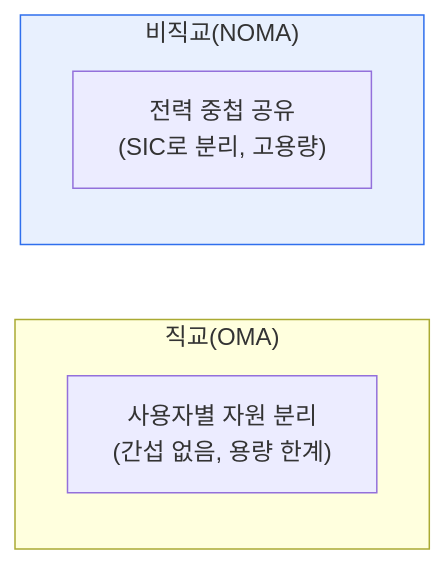
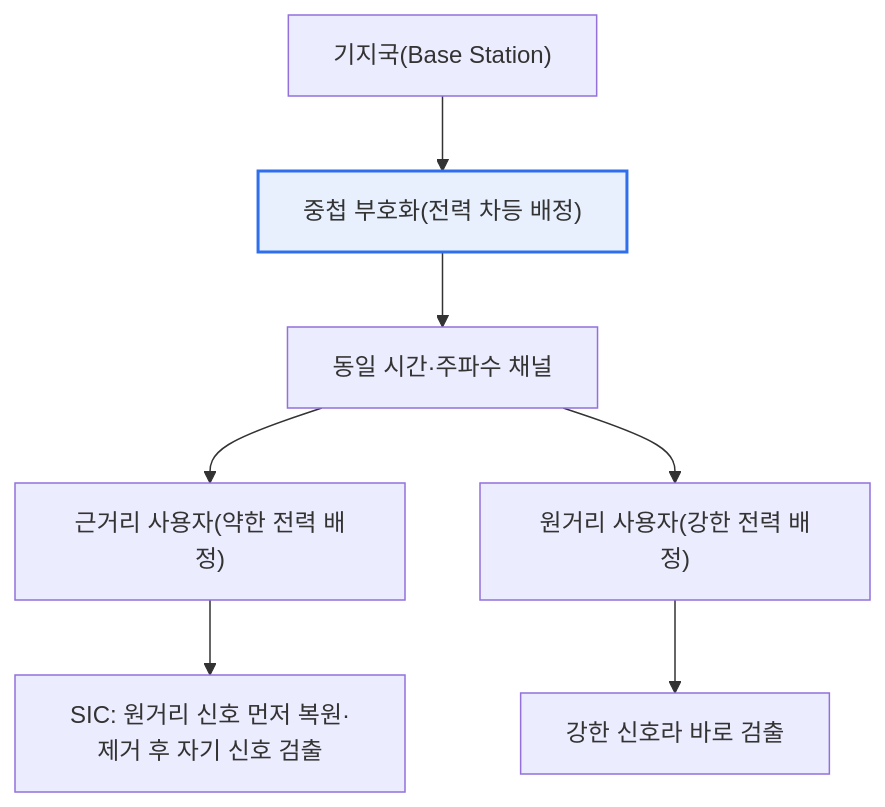
Before and after one commit to coninggu/wjdqhrhksflrltnftk: the first of 2 diagrams in content/noma.md, drawn with Mermaid. The commit also changed other lines of this file and 3 other files, not shown here.

First line of the commit message:
Deepen 디지털 플랫폼 정부, 비직교 다중접속(NOMA) (auto)

````diff
--- a/content/noma.md
+++ b/content/noma.md
@@ -15,10 +21,10 @@
 ```mermaid
-flowchart LR
-  subgraph OMA["직교(OMA)"]
-    O1["사용자별 자원 분리<br/>(간섭 없음, 용량 한계)"]
-  end
-  subgraph NOMA["비직교(NOMA)"]
-    N1["전력 중첩 공유<br/>(SIC로 분리, 고용량)"]
-  end
-  style NOMA fill:#e8f0fe,stroke:#2f6fed
+flowchart TB
+  BS["기지국(Base Station)"] --> SC["중첩 부호화(전력 차등 배정)"]
+  SC --> CH["동일 시간·주파수 채널"]
+  CH --> U1["근거리 사용자(약한 전력 배정)"]
+  CH --> U2["원거리 사용자(강한 전력 배정)"]
+  U1 --> SIC1["SIC: 원거리 신호 먼저 복원·제거 후 자기 신호 검출"]
+  U2 --> DIRECT["강한 신호라 바로 검출"]
+  style SC fill:#e8f0fe,stroke:#2f6fed,stroke-width:2px
 ```
````
